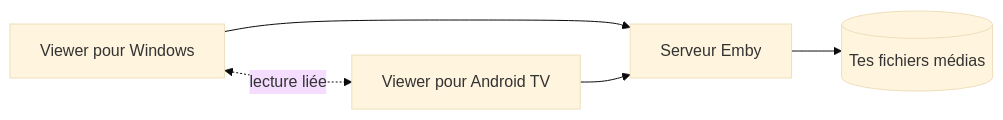
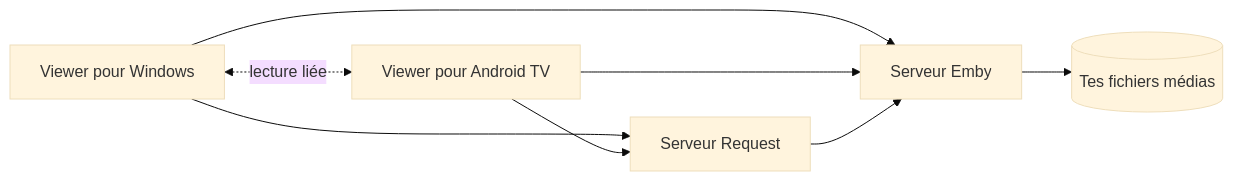
One commit to QuentinPN/viewer changed the diagram in README.fr.md. Above: the diagram before and after it, drawn with Mermaid (base theme). The commit also changed other lines of this file and 1 other file, not shown here.

Commit message:
docs: intégration Viewer ↔ Request

````diff
--- a/README.fr.md
+++ b/README.fr.md
@@ -42,7 +54,10 @@
 ```mermaid
 flowchart LR
     W["Viewer pour Windows"] --> E["Serveur Emby"]
     T["Viewer pour Android TV"] --> E
+    W --> R["Serveur Request"]
+    T --> R
+    R --> E
     E --> M[("Tes fichiers médias")]
     W <-. "lecture liée" .-> T
 ```
````
